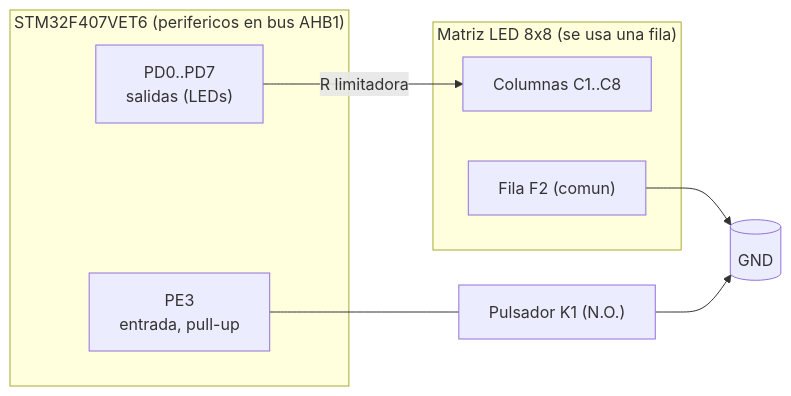
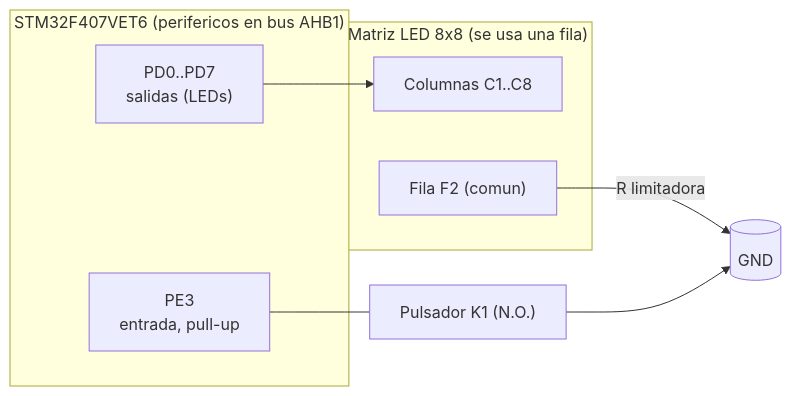
Before and after one commit to GildardoRestrepo/Reto_1_Assembly_UPB_GERD: the diagram in docs/diagrama_bloques_hardware.md, drawn with Mermaid.

Commit message:
Arregladas conexiones de diagrama de bloques

````diff
--- a/docs/diagrama_bloques_hardware.md
+++ b/docs/diagrama_bloques_hardware.md
@@ -13,17 +13,17 @@
 ```mermaid
 flowchart LR
     subgraph MCU["STM32F407VET6 (perifericos en bus AHB1)"]
         PD["PD0..PD7<br/>salidas (LEDs)"]
         PE["PE3<br/>entrada, pull-up"]
     end
     subgraph LED["Matriz LED 8x8 (se usa una fila)"]
         C["Columnas C1..C8"]
         R["Fila F2 (comun)"]
     end
     K["Pulsador K1 (N.O.)"]
     G[("GND")]
-    PD -->|"R limitadora"| C
-    R --> G
+    PD --> C
+    R --> |"R limitadora"| G
     PE --- K
     K --> G
 ```
````
